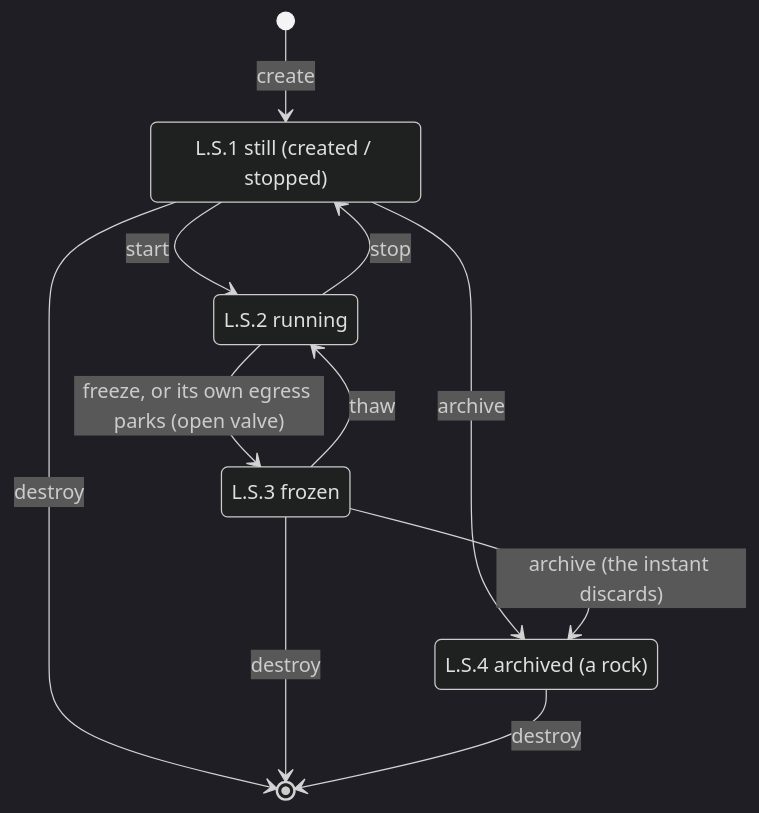
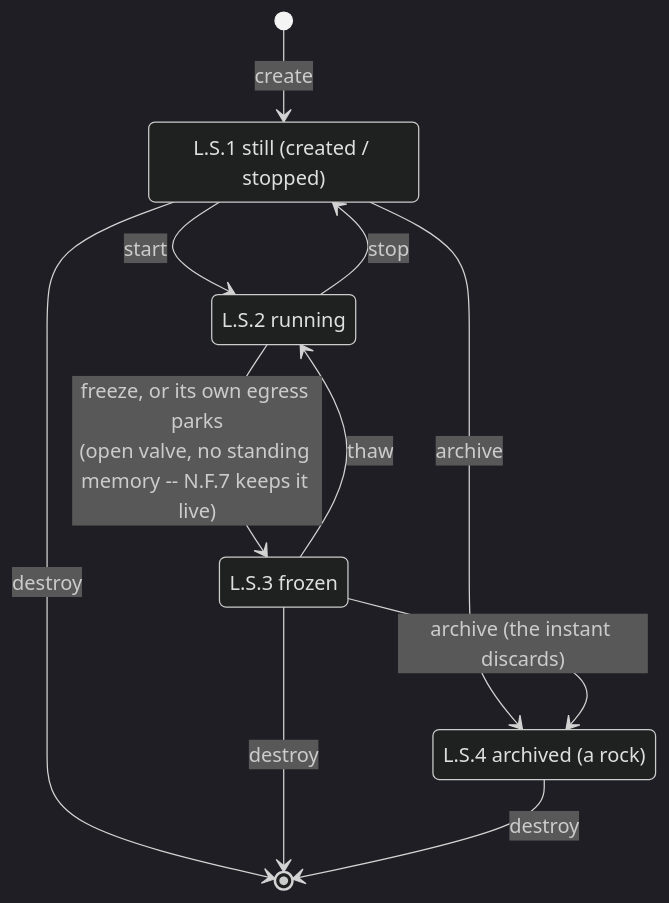
Before and after one commit to omne-earth/cella: the second of 2 diagrams in docs/LIFECYCLE.md, drawn with Mermaid (dark theme). The commit also changed 3 other files, not shown here.

Commit message:
Correct six diagram claims found by the mermaid audit

````diff
--- a/docs/LIFECYCLE.md
+++ b/docs/LIFECYCLE.md
@@ -89,17 +89,17 @@
 ```mermaid
 stateDiagram-v2
     state "L.S.1 still (created / stopped)" as S1
     state "L.S.2 running" as S2
     state "L.S.3 frozen" as S3
     state "L.S.4 archived (a rock)" as S4
     [*] --> S1: create
     S1 --> S2: start
-    S2 --> S3: freeze, or its own egress parks (open valve)
+    S2 --> S3: freeze, or its own egress parks<br/>(open valve, no standing memory -- N.F.7 keeps it live)
     S3 --> S2: thaw
     S2 --> S1: stop
     S1 --> S4: archive
     S3 --> S4: archive (the instant discards)
     S1 --> [*]: destroy
     S3 --> [*]: destroy
     S4 --> [*]: destroy
 ```
````
